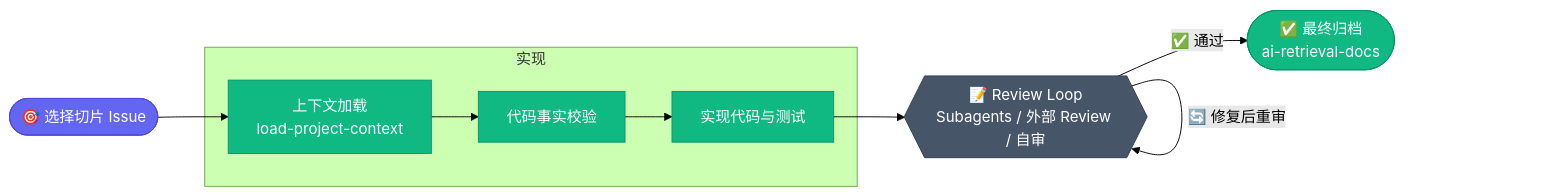
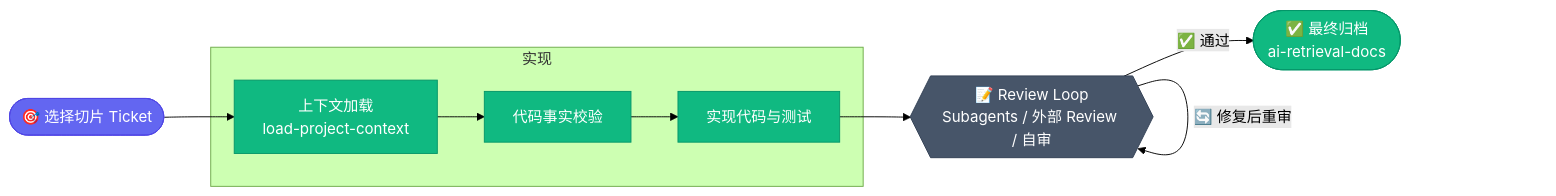
The third of 3 diagrams in README.md (mofan212/codex-profile), drawn with Mermaid (forest theme) before and after one commit. The commit also changed other lines of this file and 8 other files, not shown here.

````diff
--- a/README.md
+++ b/README.md
@@ -133,25 +133,25 @@
 ```mermaid
 flowchart LR
-    slice(["🎯 选择切片 Issue"])
+    slice(["🎯 选择切片 Ticket"])
 
     subgraph impl ["实现"]
         locate["上下文加载\nload-project-context"]
         verify["代码事实校验"]
         implement["实现代码与测试"]
     end
 
     review{{"📝 Review Loop\nSubagents / 外部 Review / 自审"}}
     archive(["✅ 最终归档\nai-retrieval-docs"])
 
     slice --> locate --> verify --> implement
     implement --> review
     review -->|"✅ 通过"| archive
     review -->|"🔄 修复后重审"| review
 
     style slice fill:#6366f1,color:#fff,stroke:#4f46e5
     style review fill:#475569,color:#fff,stroke:#334155
     style archive fill:#10b981,color:#fff,stroke:#059669
     style locate fill:#10b981,color:#fff,stroke:#059669
     style verify fill:#10b981,color:#fff,stroke:#059669
     style implement fill:#10b981,color:#fff,stroke:#059669
 ```
````
